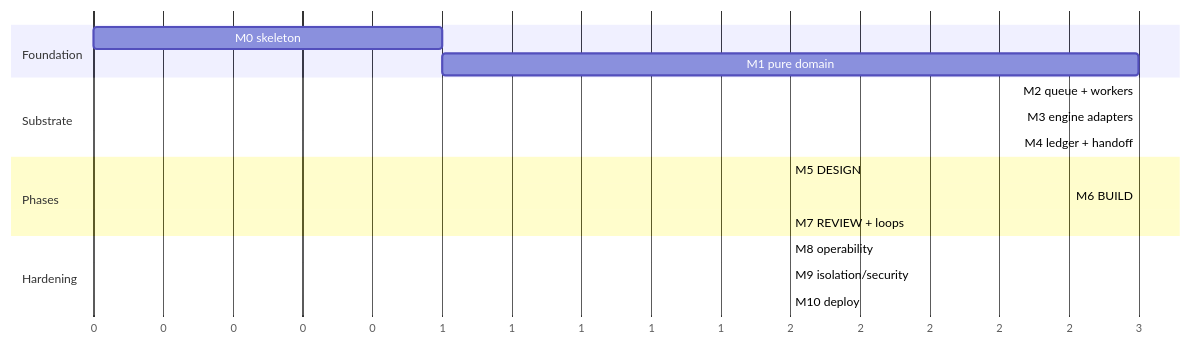
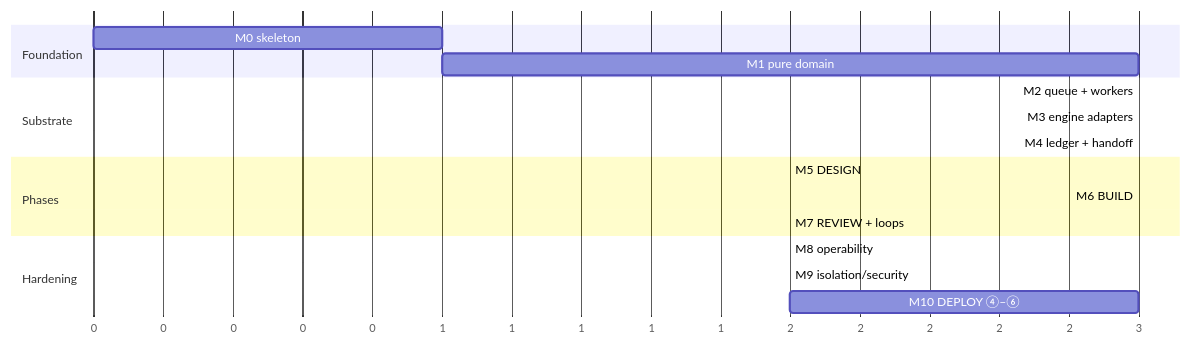
Before and after one commit to adammatthewsteinberger/vibey: the diagram in docs/plans/implementation-plan.md, drawn with Mermaid. The commit also changed other lines of this file and 9 other files, not shown here.

````diff
--- a/docs/plans/implementation-plan.md
+++ b/docs/plans/implementation-plan.md
@@ -222,20 +234,20 @@
 ```mermaid
 gantt
     dateFormat X
     axisFormat %s
     section Foundation
     M0 skeleton          :m0, 0, 1
     M1 pure domain       :m1, after m0, 3
     section Substrate
     M2 queue + workers   :m2, after m1, 3
     M3 engine adapters   :m3, after m1, 3
     M4 ledger + handoff  :crit, m4, after m2, 3
     section Phases
     M5 DESIGN            :m5, after m4, 2
     M6 BUILD             :crit, m6, after m4, 3
     M7 REVIEW + loops    :m7, after m6, 2
     section Hardening
     M8 operability       :m8, after m7, 2
     M9 isolation/security:m9, after m7, 2
-    M10 deploy           :m10, after m8, 2
+    M10 DEPLOY ④–⑥      :m10, after m8, 3
 ```
````
